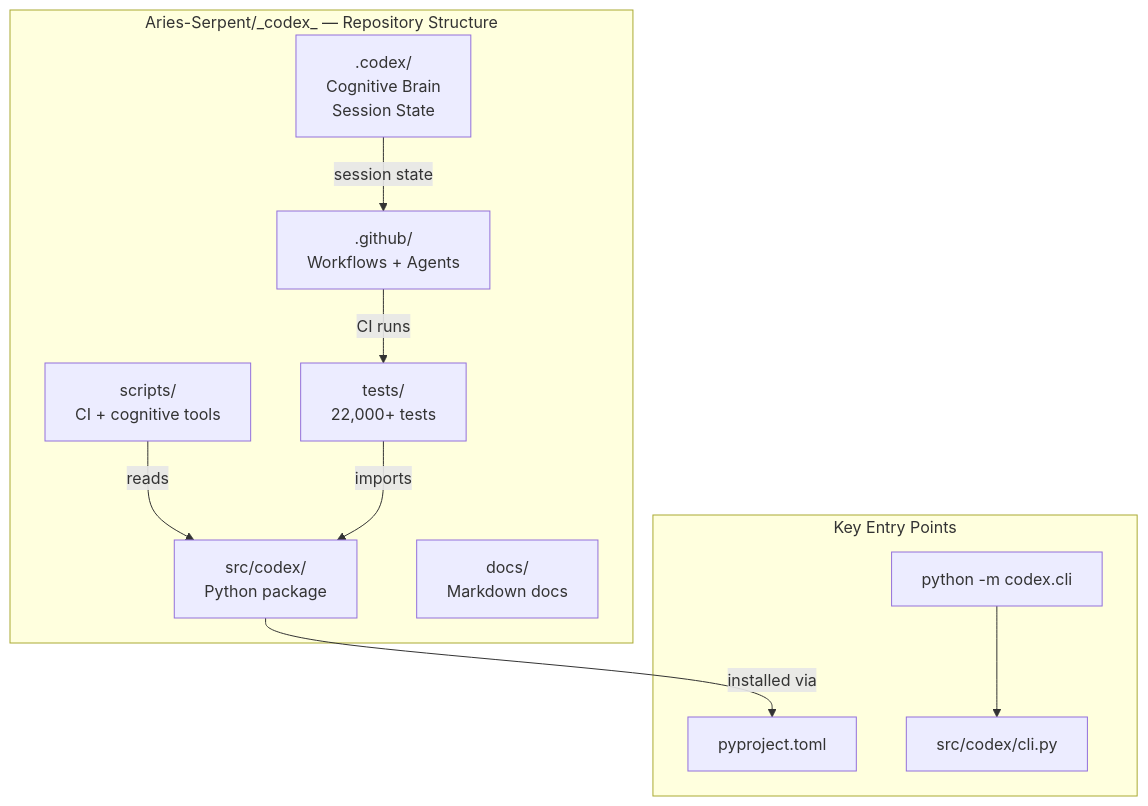
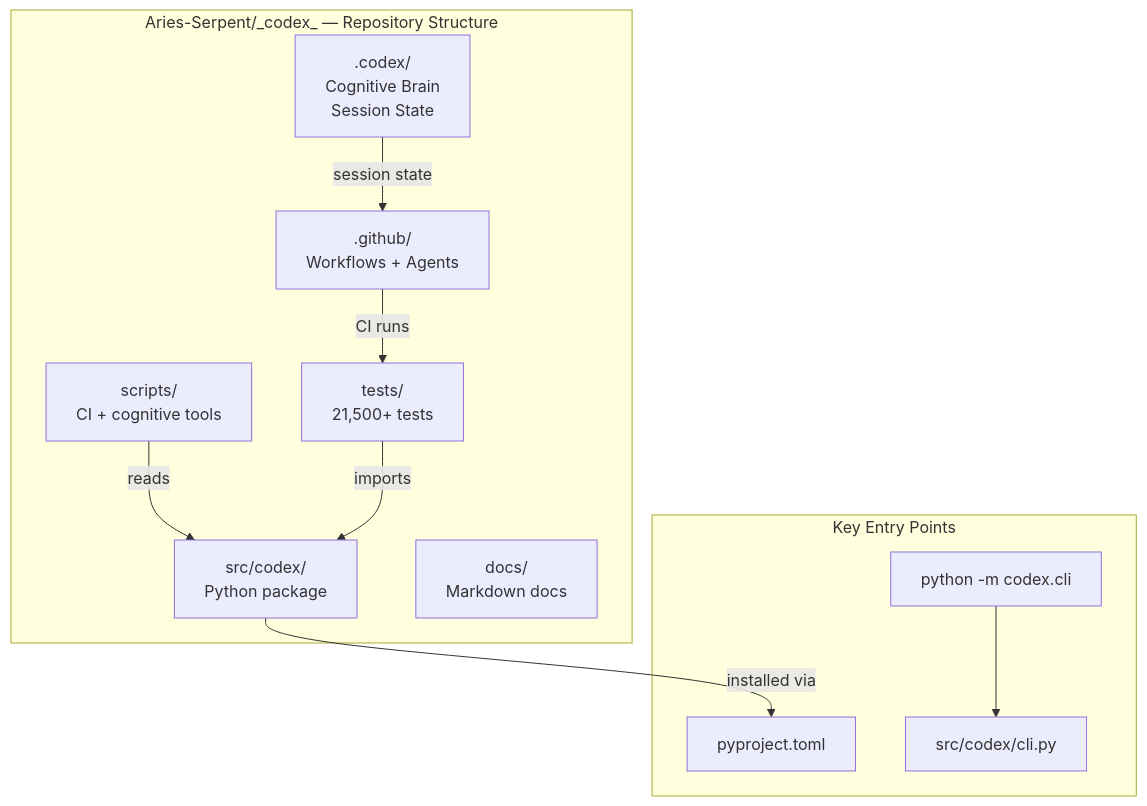
Before and after one commit to Aries-Serpent/_codex_: the first of 17 diagrams in docs/CODEBASE_MERMAID_MAPS.md, drawn with Mermaid. The commit also changed 4 other files, not shown here.

````diff
--- a/docs/CODEBASE_MERMAID_MAPS.md
+++ b/docs/CODEBASE_MERMAID_MAPS.md
@@ -35,24 +35,24 @@
 ```mermaid
 graph TD
     subgraph "Aries-Serpent/_codex_ — Repository Structure"
         SRC[src/codex/\nPython package]
-        TESTS[tests/\n22,000+ tests]
+        TESTS[tests/\n21,500+ tests]
         DOCS[docs/\nMarkdown docs]
         GITHUB[.github/\nWorkflows + Agents]
         CODEX[.codex/\nCognitive Brain\nSession State]
         SCRIPTS[scripts/\nCI + cognitive tools]
     end
 
     subgraph "Key Entry Points"
         CLI[python -m codex.cli]
         PYPROJ[pyproject.toml]
         MAIN[src/codex/cli.py]
     end
 
     SRC -->|installed via| PYPROJ
     CLI --> MAIN
     SCRIPTS -->|reads| SRC
     TESTS -->|imports| SRC
     GITHUB -->|CI runs| TESTS
     CODEX -->|session state| GITHUB
 ```
````
